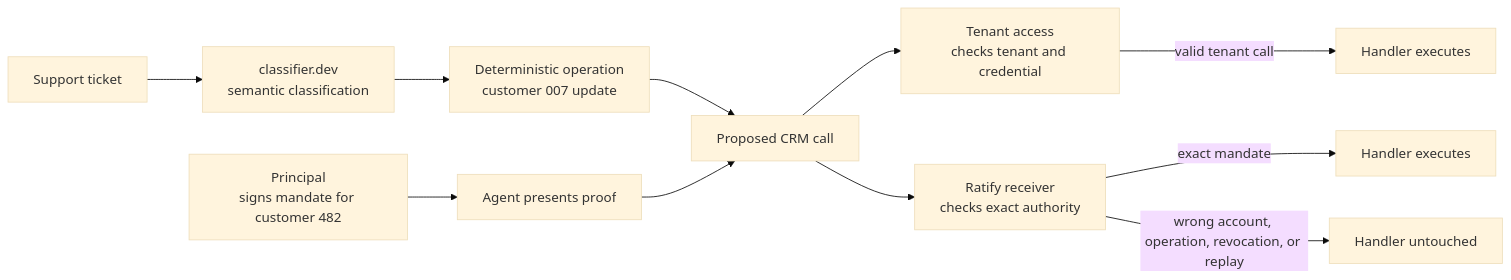
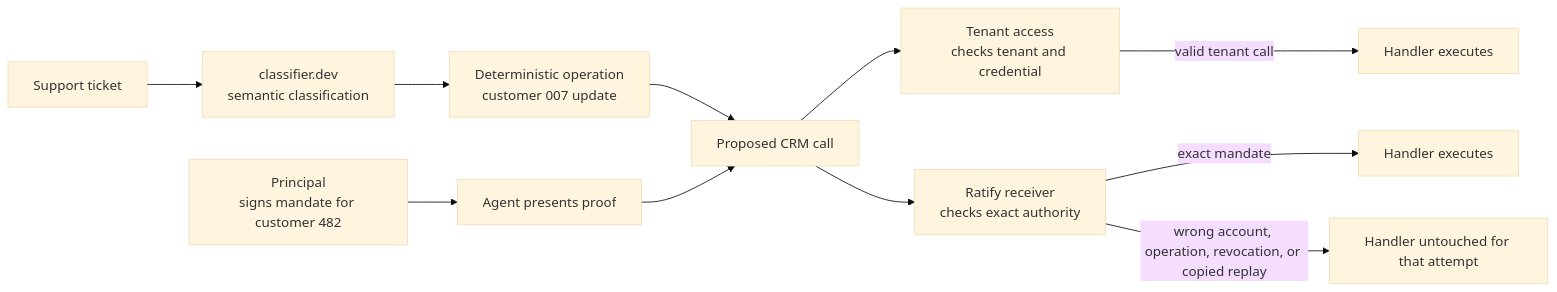
One commit to identities-ai/ratify-classifier-reference changed the first of 2 diagrams in README.md. Above: the diagram before and after it, drawn with Mermaid (base theme). The commit also changed other lines of this file and 7 other files, not shown here.

````diff
--- a/README.md
+++ b/README.md
@@ -90,14 +90,14 @@
 ```mermaid
 %%{init: {"flowchart": {"diagramPadding": 56}}}%%
 flowchart LR
     T["Support ticket"] --> C["classifier.dev<br/>semantic classification"]
     C --> O["Deterministic operation<br/>customer 007 update"]
     P["Principal<br/>signs mandate for customer 482"] --> A["Agent presents proof"]
     O --> B["Proposed CRM call"]
     A --> B
     B --> U["Tenant access<br/>checks tenant and credential"]
     B --> V["Ratify receiver<br/>checks exact authority"]
     U -->|valid tenant call| H1["Handler executes"]
     V -->|exact mandate| H2["Handler executes"]
-    V -->|wrong account, operation, revocation, or replay| D["Handler untouched"]
+    V -->|wrong account, operation, revocation, or copied replay| D["Handler untouched for that attempt"]
 ```
````
